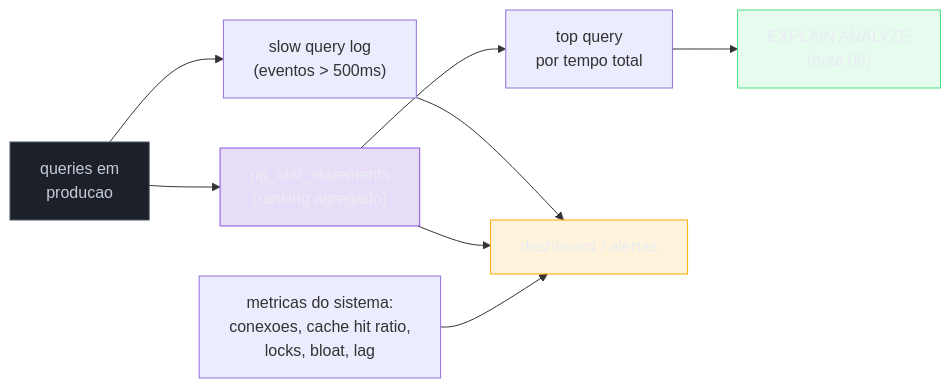
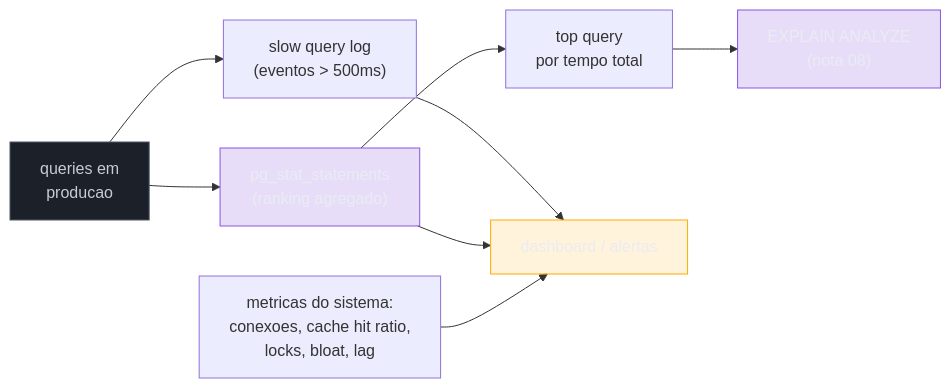
One commit to josenaldo/codex-technomanticus changed the fifth of 5 diagrams in 03-Dominios/Ciência/Banco de Dados/15 - Operação em produção.md. Above: the diagram before and after it, drawn with Mermaid. The commit also changed other lines of this file and 601 other files, not shown here.

````diff
--- a/03-Dominios/Ciência/Banco de Dados/15 - Operação em produção.md
+++ b/03-Dominios/Ciência/Banco de Dados/15 - Operação em produção.md
@@ -258,18 +255,17 @@
 ```mermaid
 flowchart LR
     classDef neutro fill:#1B2029,stroke:#4E5666,color:#C6CCD8
     classDef marca fill:#8855DF33,stroke:#8855DF,color:#E9ECF2
-    classDef ok fill:#4ADE8021,stroke:#4ADE80,color:#E9ECF2
     classDef destaque fill:#FFAA0024,stroke:#FFAA00,color:#E9ECF2
     Q["queries em<br/>producao"] --> SL["slow query log<br/>(eventos > 500ms)"]
     Q --> PSS["pg_stat_statements<br/>(ranking agregado)"]
     PSS --> TOP["top query<br/>por tempo total"]
     TOP --> EX["EXPLAIN ANALYZE<br/>(nota 08)"]
     SL --> DASH["dashboard / alertas"]
     PSS --> DASH
     MET["metricas do sistema:<br/>conexoes, cache hit ratio,<br/>locks, bloat, lag"] --> DASH
     class Q neutro
     class PSS marca
-    class EX ok
+    class EX marca
     class DASH destaque
 ```
````
